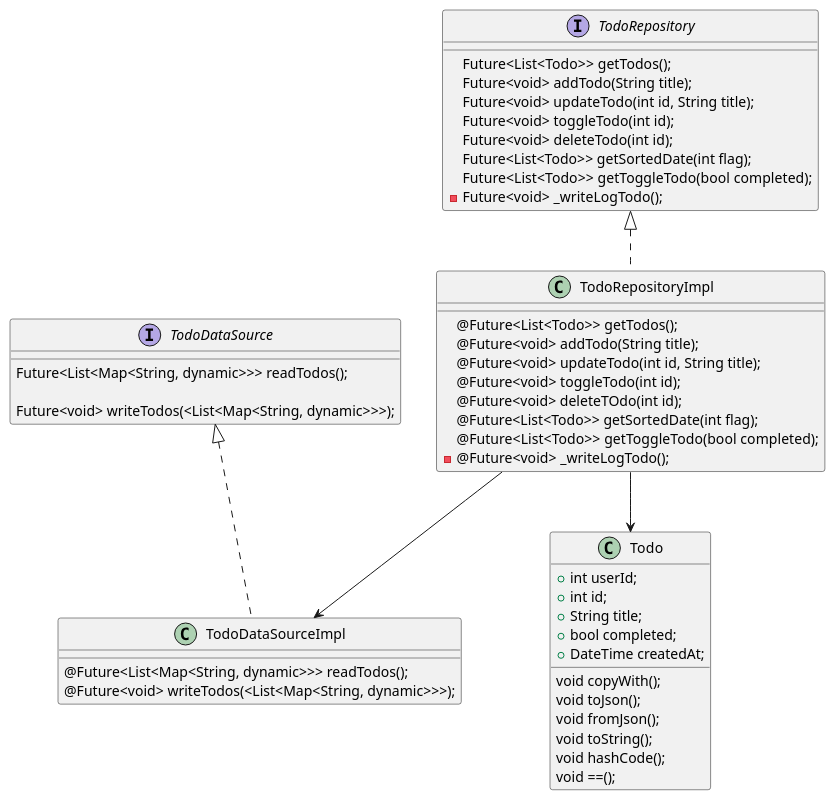
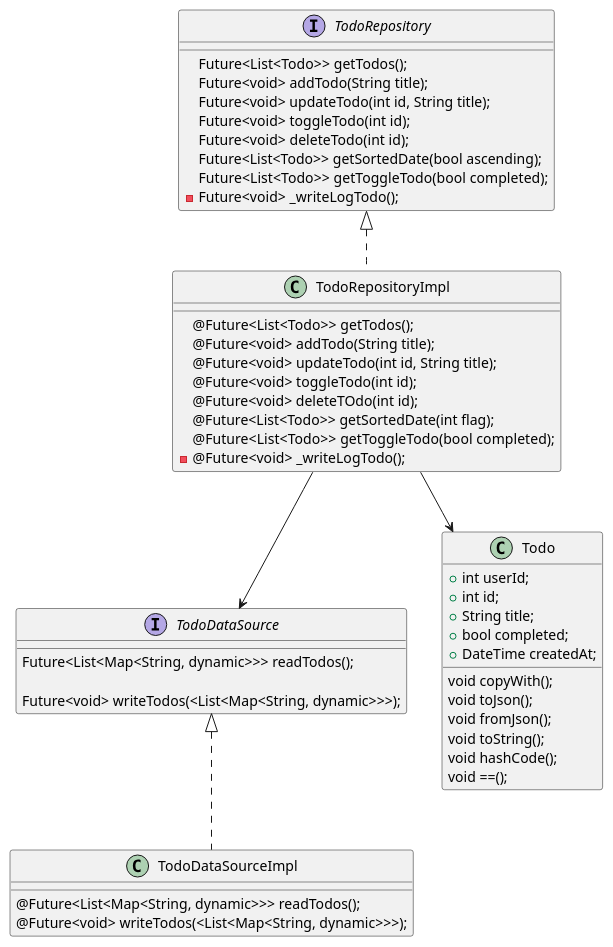
Before and after one commit to cho1taeho/modu-3-dart-todo-app: the diagram in lib/todo.puml, drawn with PlantUML. The commit also changed 6 other files, not shown here.

```diff
--- a/lib/todo.puml
+++ b/lib/todo.puml
@@ -1,60 +1,62 @@
 @startuml
+
+
 
 class TodoRepositoryImpl implements TodoRepository{
      @Future<List<Todo>> getTodos();
      @Future<void> addTodo(String title);
      @Future<void> updateTodo(int id, String title);
      @Future<void> toggleTodo(int id);
      @Future<void> deleteTOdo(int id);
      @Future<List<Todo>> getSortedDate(int flag);
      @Future<List<Todo>> getToggleTodo(bool completed);
      - @Future<void> _writeLogTodo();
 
 }
 
 interface TodoRepository {
     Future<List<Todo>> getTodos();
     Future<void> addTodo(String title);
     Future<void> updateTodo(int id, String title);
     Future<void> toggleTodo(int id);
     Future<void> deleteTodo(int id);
-    Future<List<Todo>> getSortedDate(int flag);
+    Future<List<Todo>> getSortedDate(bool ascending);
     Future<List<Todo>> getToggleTodo(bool completed);
     - Future<void> _writeLogTodo();
 }
 
 
 
 class TodoDataSourceImpl implements TodoDataSource{
     @Future<List<Map<String, dynamic>>> readTodos();
 
 
     @Future<void> writeTodos(<List<Map<String, dynamic>>>);
 }
 
 
 interface TodoDataSource {
     Future<List<Map<String, dynamic>>> readTodos();
 
     Future<void> writeTodos(<List<Map<String, dynamic>>>);
 }
 
 class Todo {
     + int userId;
     + int id;
     + String title;
     + bool completed;
     + DateTime createdAt;
 
     void copyWith();
     void toJson();
     void fromJson();
     void toString();
     void hashCode();
     void ==();
 }
 
 TodoRepositoryImpl --> Todo
-TodoRepositoryImpl --> TodoDataSourceImpl
+TodoRepositoryImpl --> TodoDataSource
 
 @enduml
```
